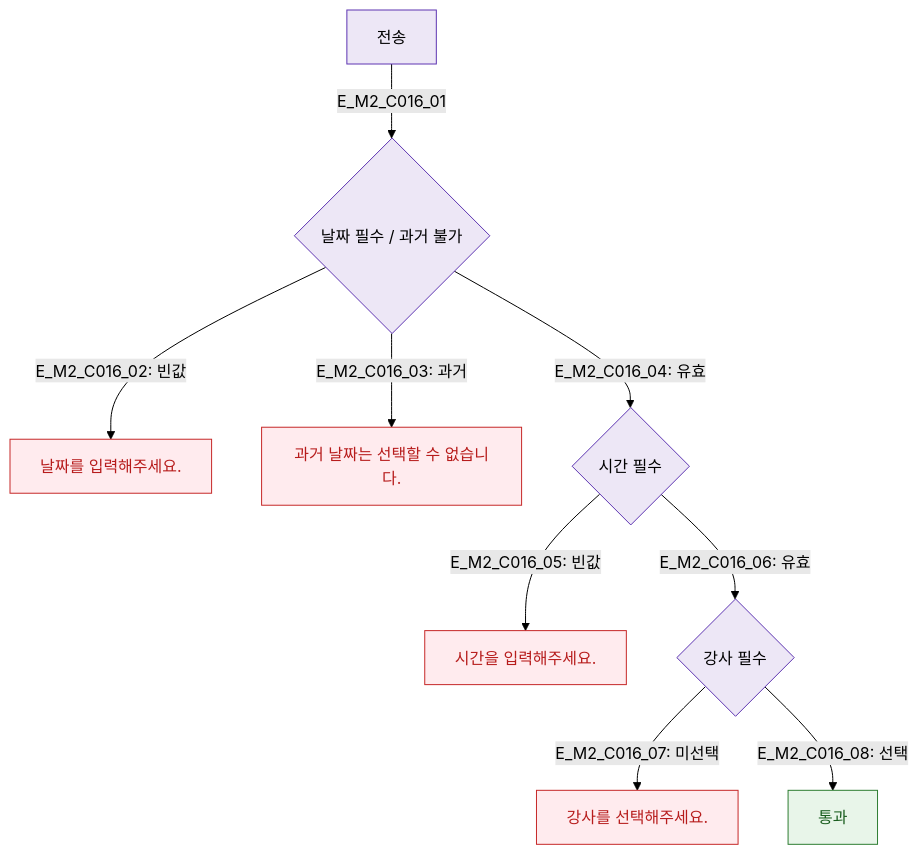
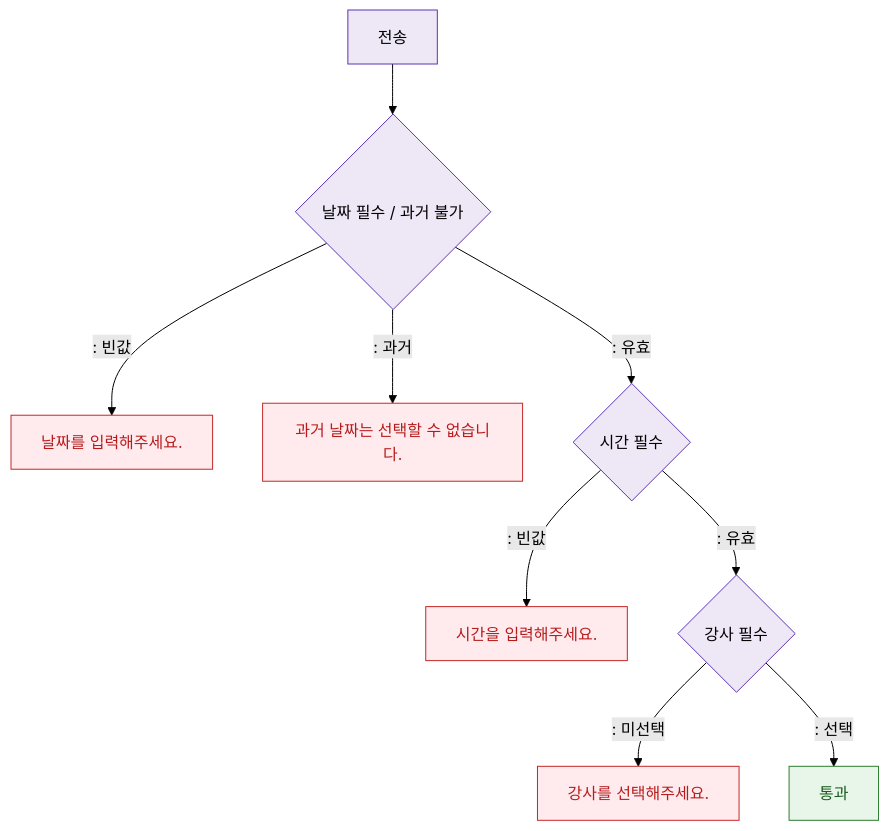
The diagram in docs/다이어그램/D04_수업관리/DLG/DLG-C016_대안일정제시/M2_필드검증.md (dev-spogym/admin-pando), drawn with Mermaid (forest theme) before and after one commit. The commit also changed other lines of this file and 1660 other files, not shown here.

First line of the commit message:
다이어그램: 기획자/클라이언트 납품본으로 정리

````diff
--- a/docs/다이어그램/D04_수업관리/DLG/DLG-C016_대안일정제시/M2_필드검증.md
+++ b/docs/다이어그램/D04_수업관리/DLG/DLG-C016_대안일정제시/M2_필드검증.md
@@ -20,18 +18,18 @@
 ```mermaid
 flowchart TD
-  Send[전송] -->|E_M2_C016_01| V_Date{날짜 필수 / 과거 불가}
-  V_Date -->|"E_M2_C016_02: 빈값"| E_Date[날짜를 입력해주세요.]
-  V_Date -->|"E_M2_C016_03: 과거"| E_Past[과거 날짜는 선택할 수 없습니다.]
-  V_Date -->|"E_M2_C016_04: 유효"| V_Time{시간 필수}
-  V_Time -->|"E_M2_C016_05: 빈값"| E_Time[시간을 입력해주세요.]
-  V_Time -->|"E_M2_C016_06: 유효"| V_Instructor{강사 필수}
-  V_Instructor -->|"E_M2_C016_07: 미선택"| E_Instructor[강사를 선택해주세요.]
-  V_Instructor -->|"E_M2_C016_08: 선택"| AllPass[통과]
+  Send[전송] --> V_Date{날짜 필수 / 과거 불가}
+  V_Date -->|": 빈값"|E_Date[날짜를 입력해주세요.]
+  V_Date -->|": 과거"|E_Past[과거 날짜는 선택할 수 없습니다.]
+  V_Date -->|": 유효"|V_Time{시간 필수}
+  V_Time -->|": 빈값"|E_Time[시간을 입력해주세요.]
+  V_Time -->|": 유효"|V_Instructor{강사 필수}
+  V_Instructor -->|": 미선택"|E_Instructor[강사를 선택해주세요.]
+  V_Instructor -->|": 선택"|AllPass[통과]
 
   classDef system fill:#EDE7F6,stroke:#5E35B2
   classDef error fill:#FFEBEE,stroke:#C62828,color:#B71C1C
   classDef success fill:#E8F5E9,stroke:#2E7D32,color:#1B5E20
   class Send,V_Date,V_Time,V_Instructor system
   class E_Date,E_Past,E_Time,E_Instructor error
   class AllPass success
 ```
````
